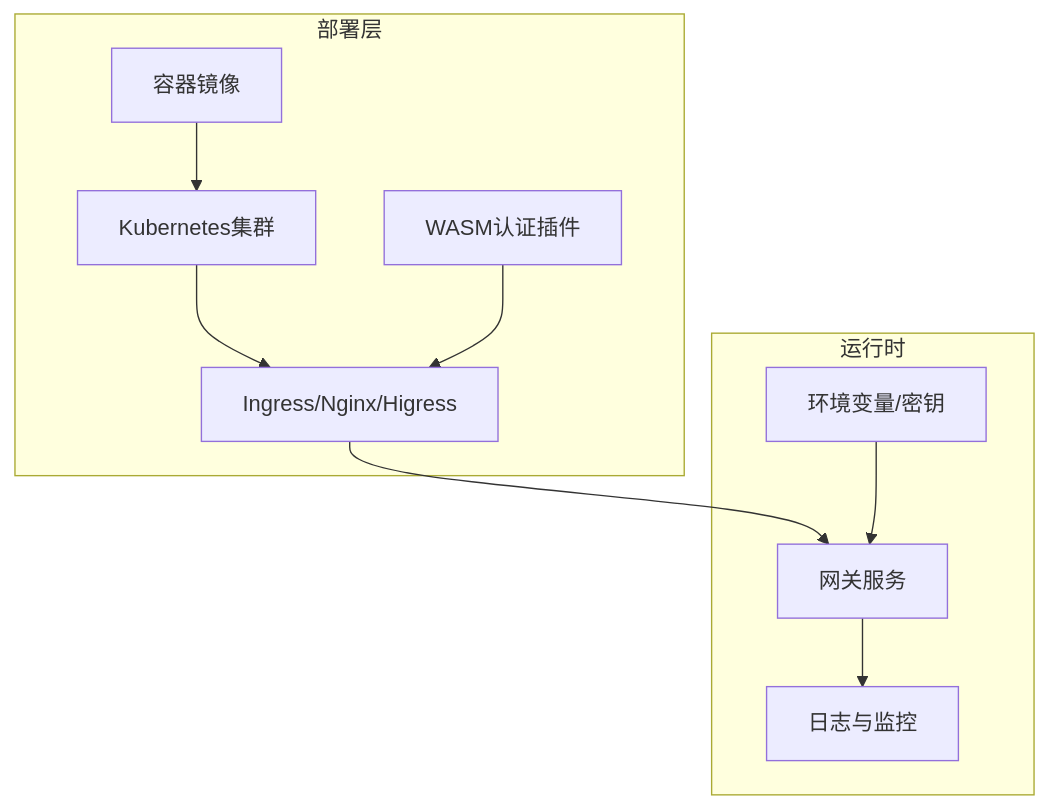
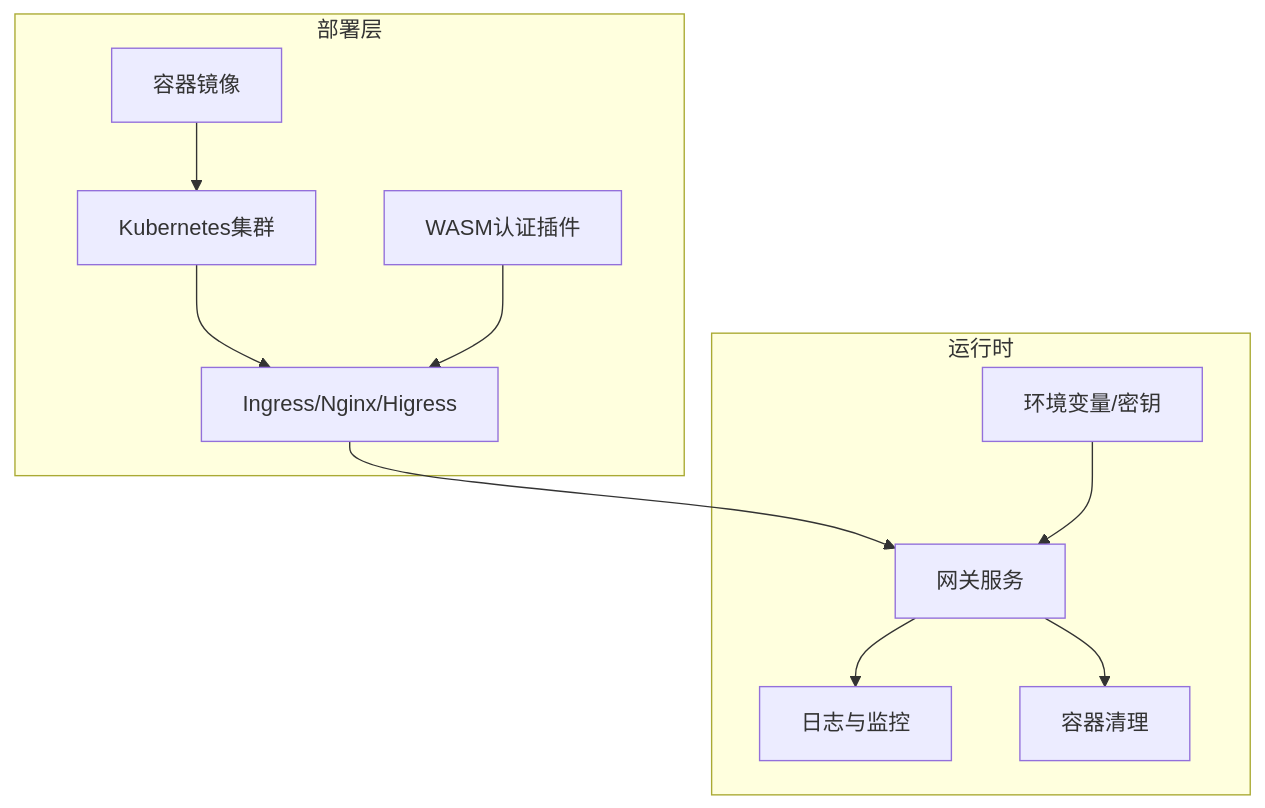
One commit to tianyehedashu/ai-agent changed the tenth of 20 diagrams in .qoder/repowiki/zh/content/网关服务架构/网关服务架构.md. Above: the diagram before and after it, drawn with Mermaid. The commit also changed other lines of this file and 50 other files, not shown here.

````diff
--- a/.qoder/repowiki/zh/content/网关服务架构/网关服务架构.md
+++ b/.qoder/repowiki/zh/content/网关服务架构/网关服务架构.md
@@ -432,18 +479,20 @@
 ```mermaid
 graph TB
 subgraph "部署层"
 IMG["容器镜像"]
 K8S["Kubernetes集群"]
 INGRESS["Ingress/Nginx/Higress"]
 Wasm["WASM认证插件"]
 end
 subgraph "运行时"
 SVC["网关服务"]
 ENV["环境变量/密钥"]
 LOG["日志与监控"]
+CLEANUP["容器清理"]
 end
 IMG --> K8S --> INGRESS --> SVC
 Wasm --> INGRESS
 ENV --> SVC
 SVC --> LOG
+SVC --> CLEANUP
 ```
````
